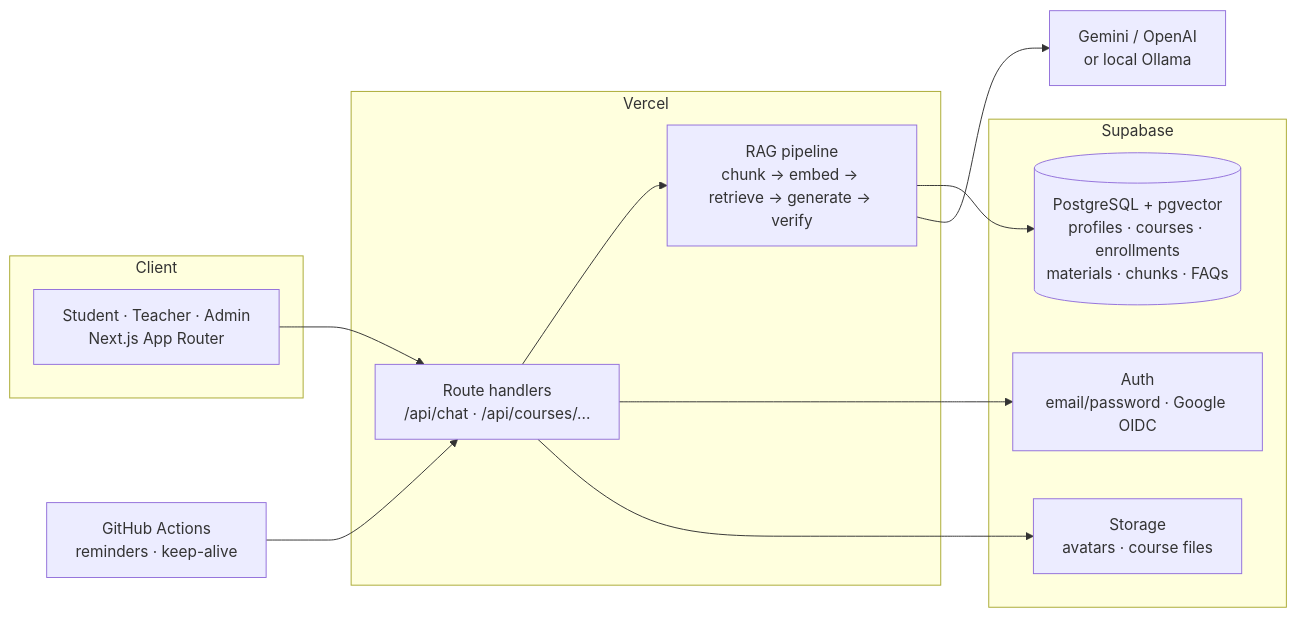
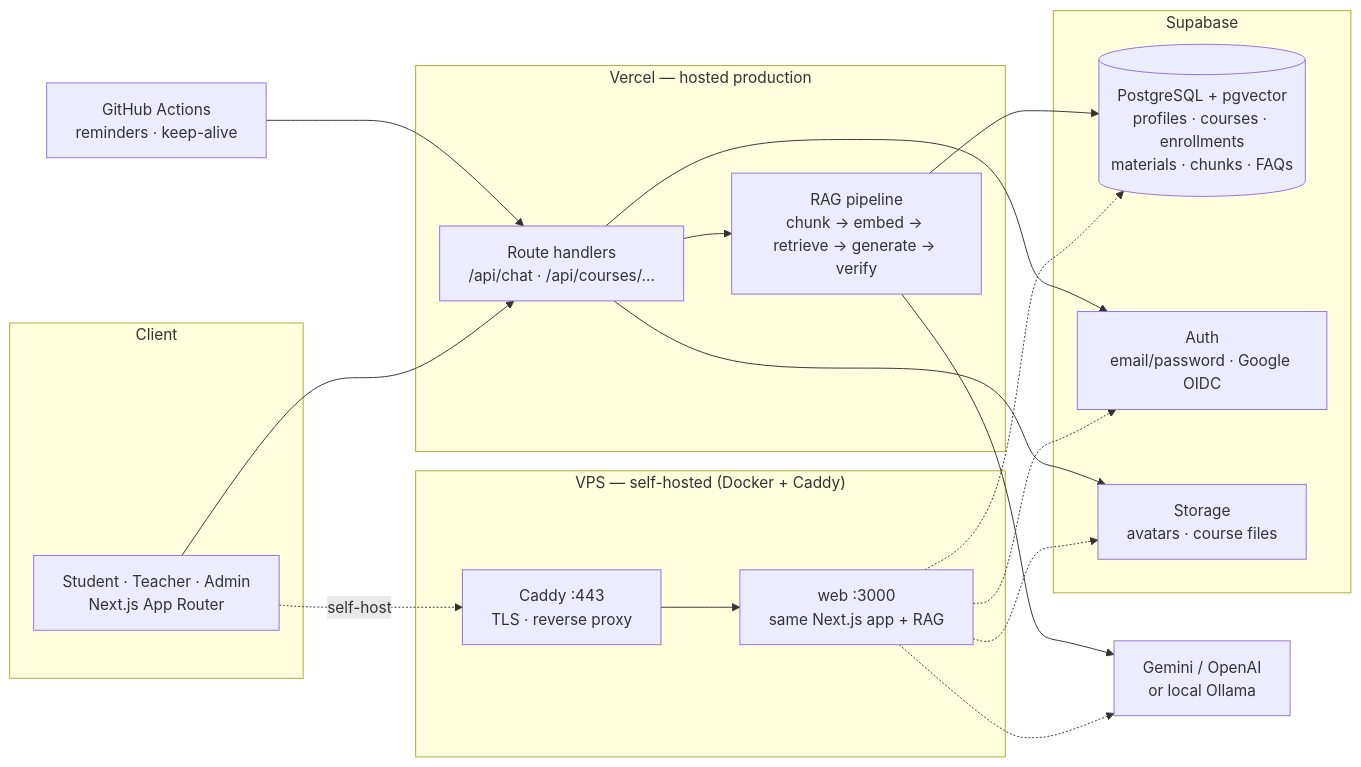
The second of 2 diagrams in README.md (zawwinhtutdev/mfu-ai-teaching-assistant), drawn with Mermaid before and after one commit. The commit also changed other lines of this file, not shown here.

Commit message:
docs(readme): add VPS self-host lane to architecture diagram
The README showed only the Vercel production path even though the repo
ships a Docker/Caddy self-host path. Draw the VPS as a dashed alternative
host with its own ingress, note that both hosts share the same Supabase
project and model provider, and document that GitHub Actions follow
APP_BASE_URL so scheduled jobs work against either origin.

````diff
--- a/README.md
+++ b/README.md
@@ -117,27 +117,38 @@
 ```mermaid
 flowchart LR
     subgraph Client
       U[Student · Teacher · Admin<br/>Next.js App Router]
     end
 
-    subgraph Vercel
+    subgraph Vercel["Vercel — hosted production"]
       R[Route handlers<br/>/api/chat · /api/courses/...]
       P[RAG pipeline<br/>chunk → embed → retrieve → generate → verify]
+    end
+
+    subgraph VPS["VPS — self-hosted (Docker + Caddy)"]
+      C[Caddy :443<br/>TLS · reverse proxy]
+      W[web :3000<br/>same Next.js app + RAG]
+      C --> W
     end
 
     subgraph Supabase
       DB[(PostgreSQL + pgvector<br/>profiles · courses · enrollments<br/>materials · chunks · FAQs)]
       AU[Auth<br/>email/password · Google OIDC]
       ST[Storage<br/>avatars · course files]
     end
 
     AI[Gemini / OpenAI<br/>or local Ollama]
     GH[GitHub Actions<br/>reminders · keep-alive] --> R
 
     U --> R
+    U -.->|self-host| C
     R --> P
     P --> DB
     P --> AI
     R --> AU
     R --> ST
+    W -.-> DB
+    W -.-> AU
+    W -.-> ST
+    W -.-> AI
 ```
````
